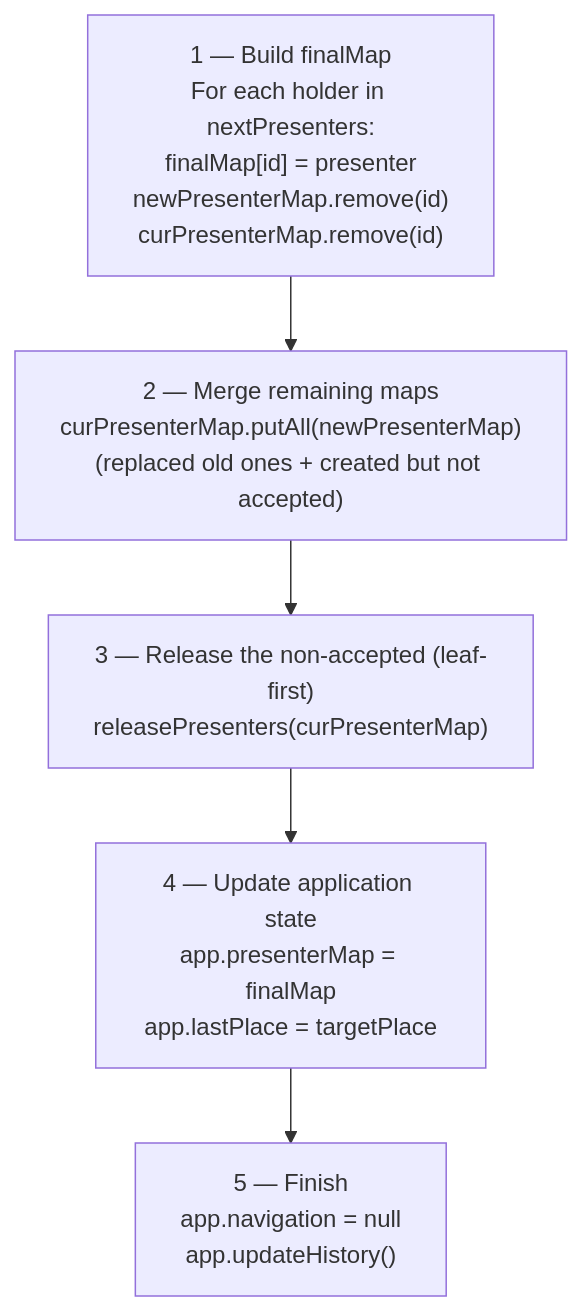
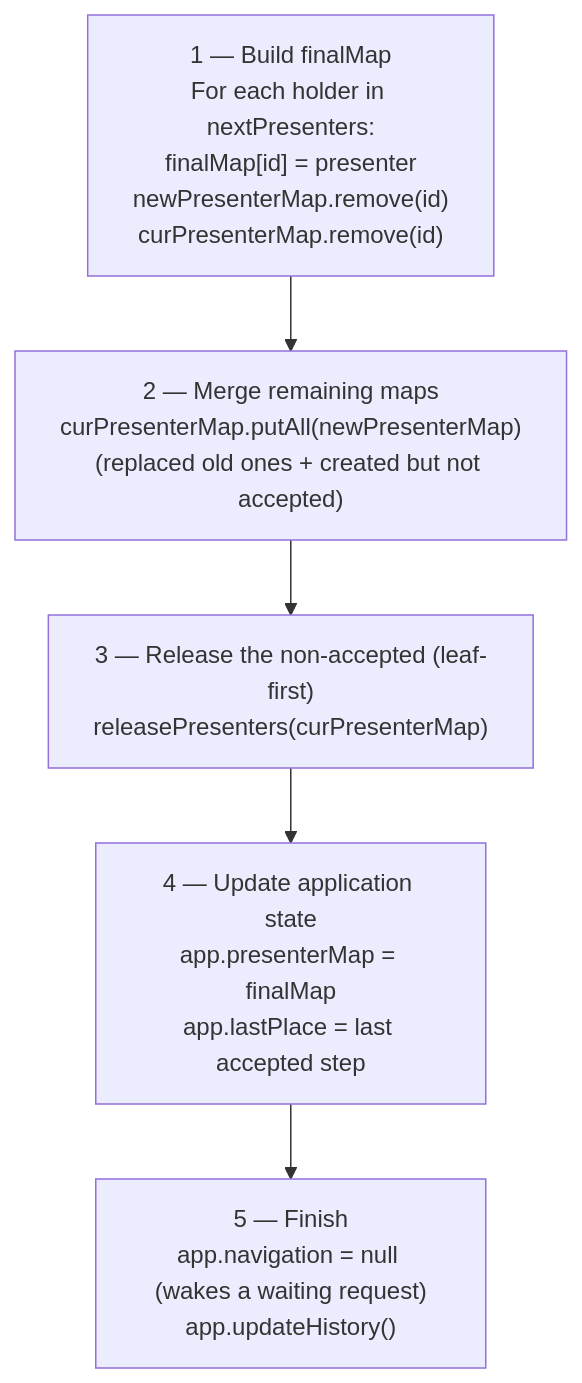
The third of 19 diagrams in docs/architecture-cube.md (mrcdom/wdc-cube-kotlin), drawn with Mermaid before and after one commit. The commit also changed other lines of this file and 35 other files, not shown here.

````diff
--- a/docs/architecture-cube.md
+++ b/docs/architecture-cube.md
@@ -396,7 +403,7 @@
 ```mermaid
 flowchart TD
     C1["1 — Build finalMap\nFor each holder in nextPresenters:\nfinalMap[id] = presenter\nnewPresenterMap.remove(id)\ncurPresenterMap.remove(id)"] --> C2["2 — Merge remaining maps\ncurPresenterMap.putAll(newPresenterMap)\n(replaced old ones + created but not accepted)"]
     C2 --> C3["3 — Release the non-accepted (leaf-first)\nreleasePresenters(curPresenterMap)"]
-    C3 --> C4["4 — Update application state\napp.presenterMap = finalMap\napp.lastPlace = targetPlace"]
-    C4 --> C5["5 — Finish\napp.navigation = null\napp.updateHistory()"]
+    C3 --> C4["4 — Update application state\napp.presenterMap = finalMap\napp.lastPlace = last accepted step"]
+    C4 --> C5["5 — Finish\napp.navigation = null (wakes a waiting request)\napp.updateHistory()"]
 ```
````
